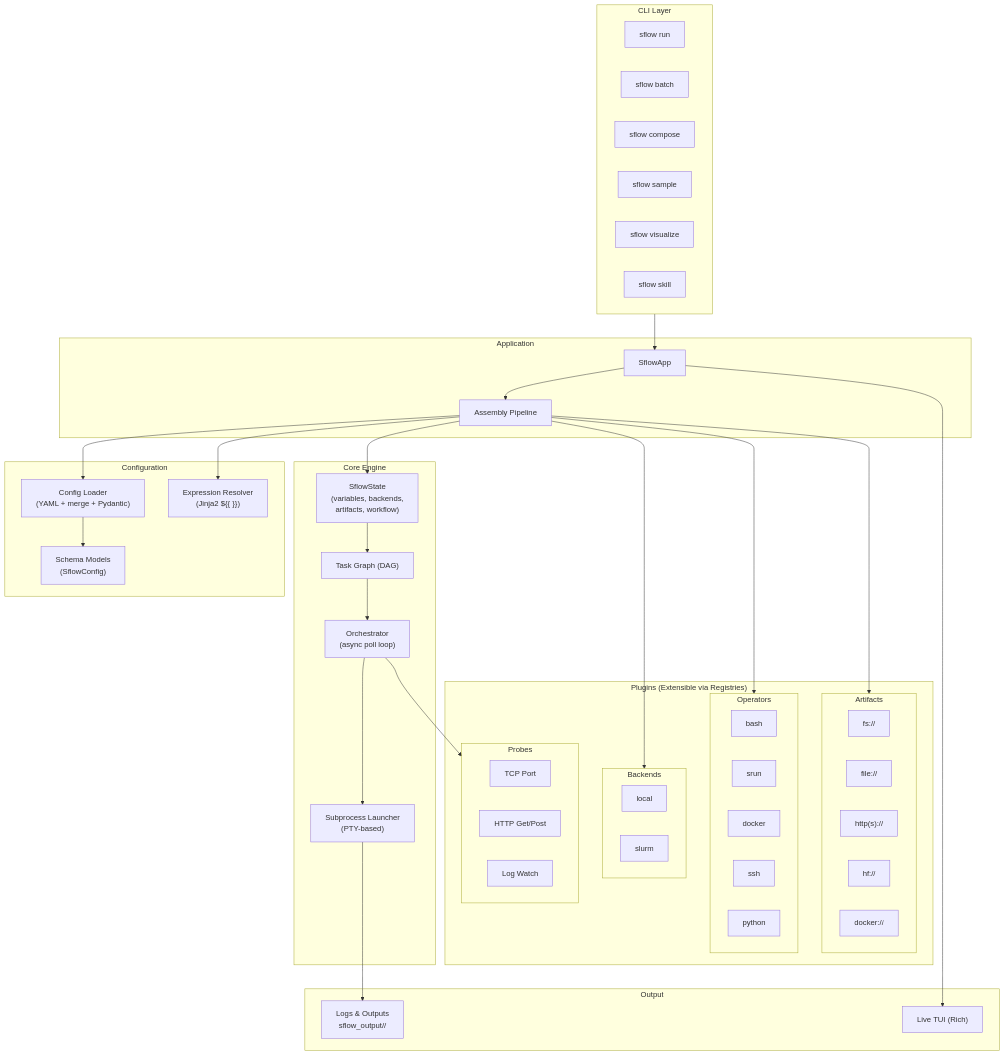
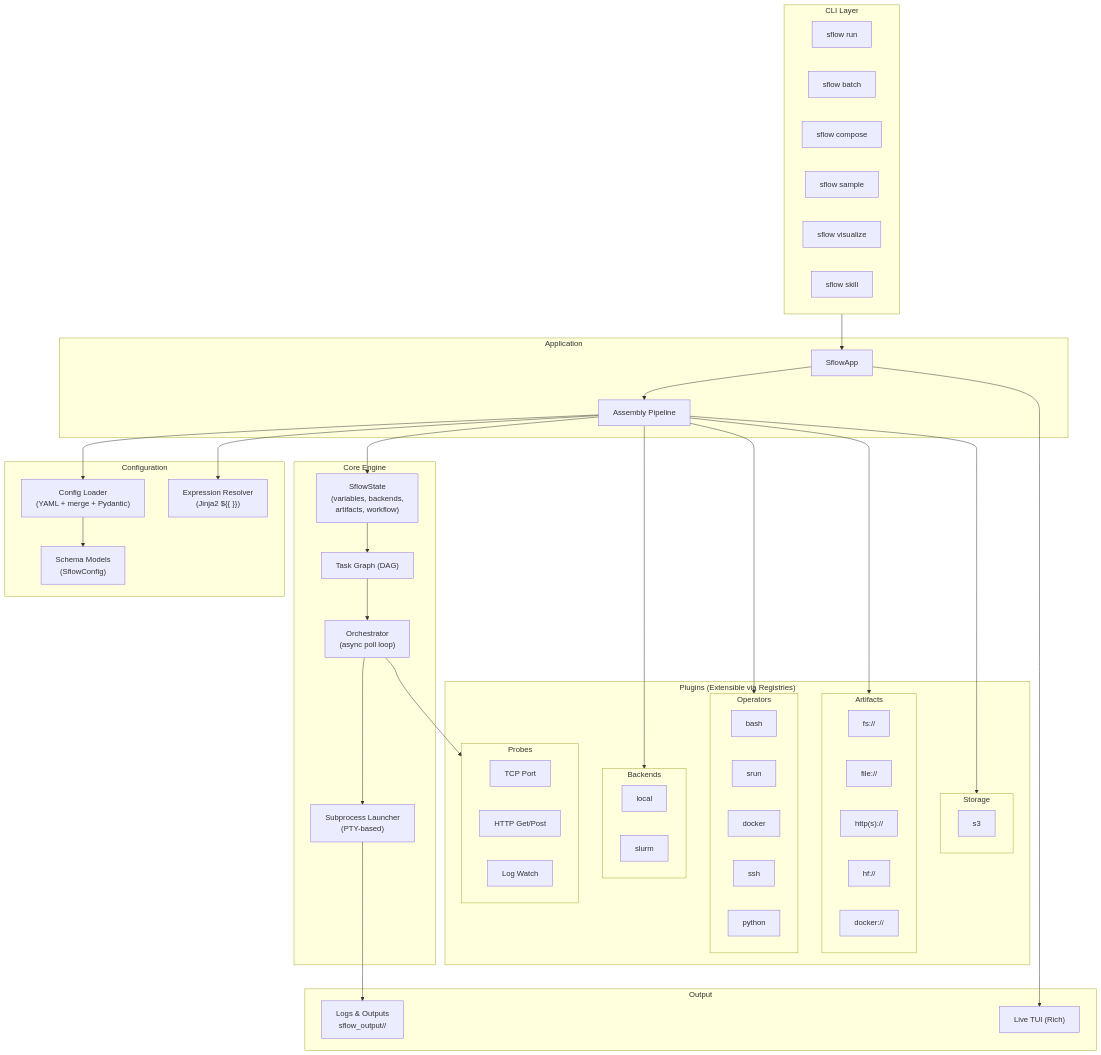
One commit to NVIDIA/nv-sflow changed the first of 4 diagrams in docs/user/architecture.md. Above: the diagram before and after it, drawn with Mermaid. The commit also changed other lines of this file and 235 other files, not shown here.

````diff
--- a/docs/user/architecture.md
+++ b/docs/user/architecture.md
@@ -8,76 +8,80 @@
 ```mermaid
 graph TB
   subgraph CLI["CLI Layer"]
     run["sflow run"]
     batch["sflow batch"]
     compose["sflow compose"]
     sample["sflow sample"]
     visualize["sflow visualize"]
     skill["sflow skill"]
   end
 
   subgraph App["Application"]
     sflowapp["SflowApp"]
     assembly["Assembly Pipeline"]
   end
 
   subgraph Config["Configuration"]
     loader["Config Loader\n(YAML + merge + Pydantic)"]
     resolver["Expression Resolver\n(Jinja2 ${{ }})"]
     schema["Schema Models\n(SflowConfig)"]
   end
 
   subgraph Plugins["Plugins (Extensible via Registries)"]
     subgraph Backends
       local_be["local"]
       slurm_be["slurm"]
     end
     subgraph Operators
       bash_op["bash"]
       srun_op["srun"]
       docker_op["docker"]
       ssh_op["ssh"]
       python_op["python"]
     end
     subgraph Probes
       tcp["TCP Port"]
       http["HTTP Get/Post"]
       logwatch["Log Watch"]
     end
     subgraph Artifacts
       fs_art["fs://"]
       file_art["file://"]
       http_art["http(s)://"]
       hf_art["hf://"]
       docker_art["docker://"]
     end
+    subgraph Storage
+      s3_st["s3"]
+    end
   end
 
   subgraph Core["Core Engine"]
     state["SflowState\n(variables, backends,\nartifacts, workflow)"]
     taskgraph["Task Graph (DAG)"]
     orchestrator["Orchestrator\n(async poll loop)"]
     launcher["Subprocess Launcher\n(PTY-based)"]
   end
 
   subgraph Output["Output"]
     tui["Live TUI (Rich)"]
     logs["Logs & Outputs\nsflow_output/<run_id>/"]
   end
 
   CLI --> sflowapp
   sflowapp --> assembly
   assembly --> loader
   assembly --> resolver
   loader --> schema
   assembly --> Backends
   assembly --> Operators
   assembly --> Artifacts
+  assembly --> Storage
   assembly --> state
   state --> taskgraph
   taskgraph --> orchestrator
   orchestrator --> launcher
   orchestrator --> Probes
   launcher --> logs
   sflowapp --> tui
 ```
````
